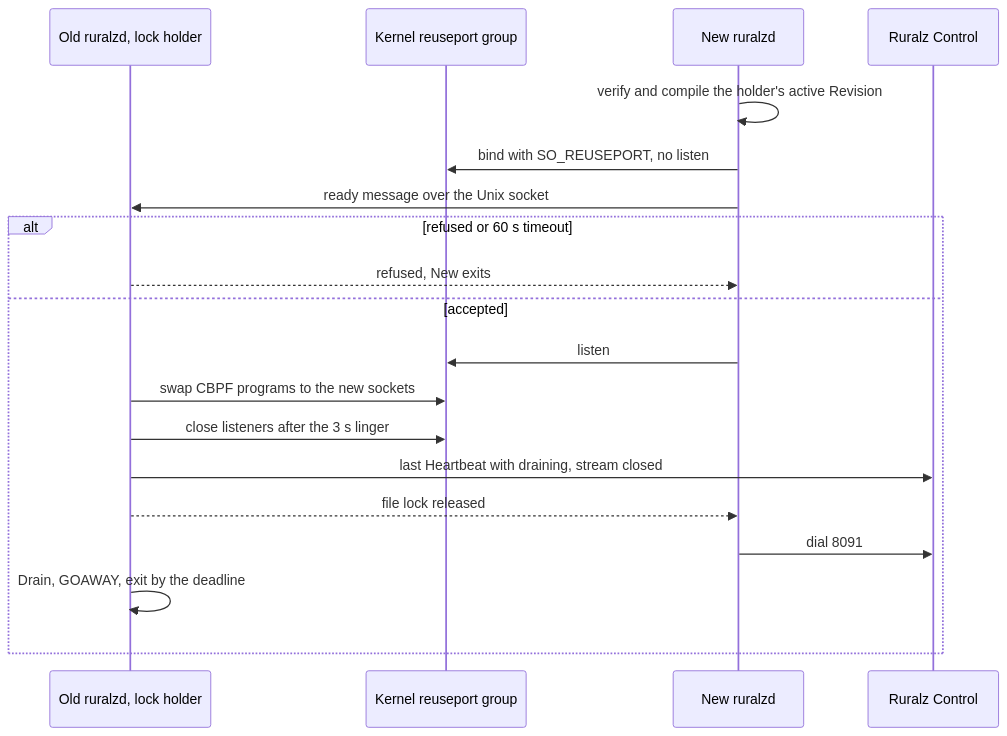
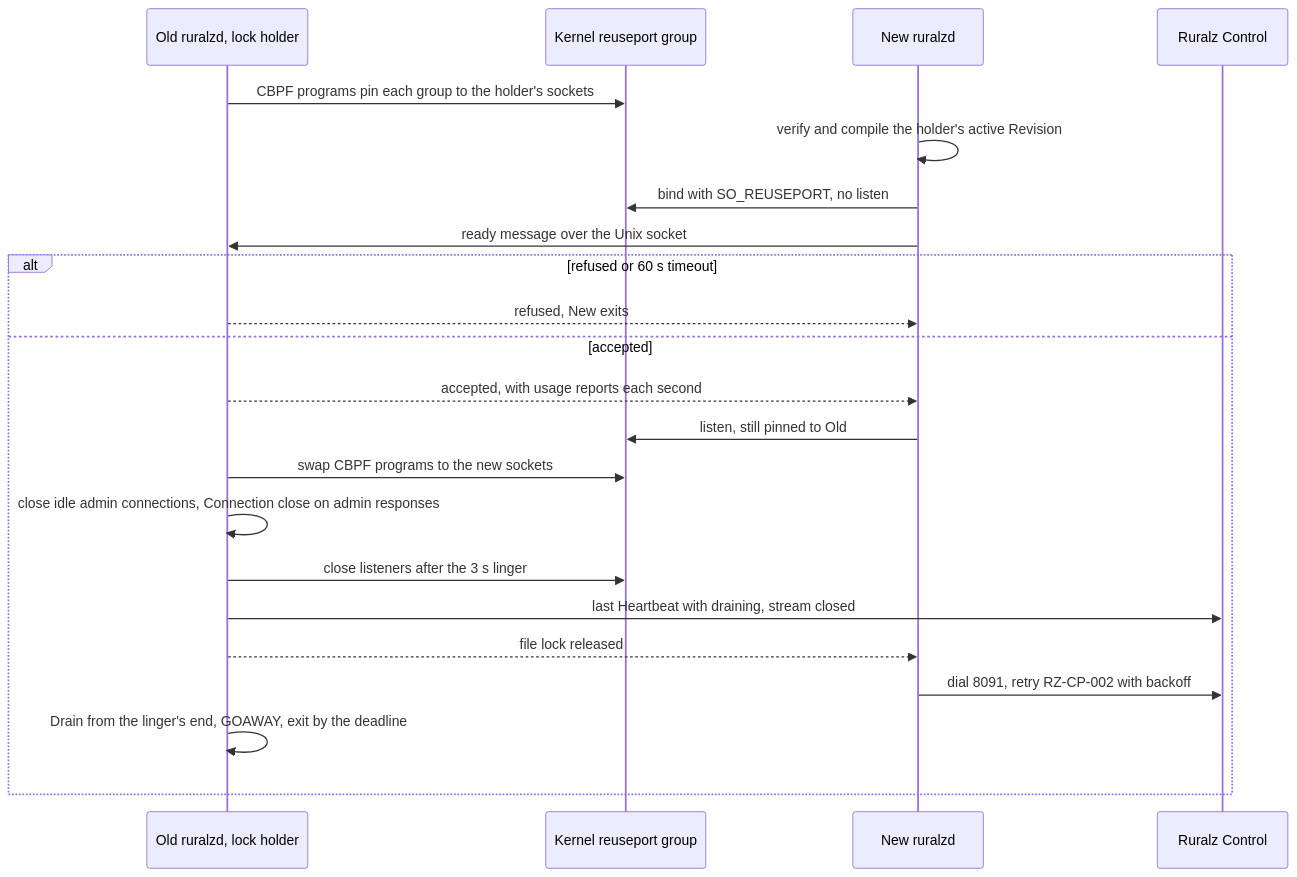
Before and after one commit to ravindu-rev/ruralz: the diagram in docs/adr/0015-zero-downtime-upgrades-so-reuseport.md, drawn with Mermaid. The commit also changed other lines of this file and 40 other files, not shown here.

````diff
--- a/docs/adr/0015-zero-downtime-upgrades-so-reuseport.md
+++ b/docs/adr/0015-zero-downtime-upgrades-so-reuseport.md
@@ -56,21 +59,24 @@
 ```mermaid
 sequenceDiagram
     participant Old as Old ruralzd, lock holder
     participant K as Kernel reuseport group
     participant New as New ruralzd
     participant CT as Ruralz Control
+    Old->>K: CBPF programs pin each group to the holder's sockets
     New->>New: verify and compile the holder's active Revision
     New->>K: bind with SO_REUSEPORT, no listen
     New->>Old: ready message over the Unix socket
     alt refused or 60 s timeout
         Old-->>New: refused, New exits
     else accepted
-        New->>K: listen
+        Old-->>New: accepted, with usage reports each second
+        New->>K: listen, still pinned to Old
         Old->>K: swap CBPF programs to the new sockets
+        Old->>Old: close idle admin connections, Connection close on admin responses
         Old->>K: close listeners after the 3 s linger
         Old->>CT: last Heartbeat with draining, stream closed
         Old-->>New: file lock released
-        New->>CT: dial 8091
-        Old->>Old: Drain, GOAWAY, exit by the deadline
+        New->>CT: dial 8091, retry RZ-CP-002 with backoff
+        Old->>Old: Drain from the linger's end, GOAWAY, exit by the deadline
     end
 ```
````
